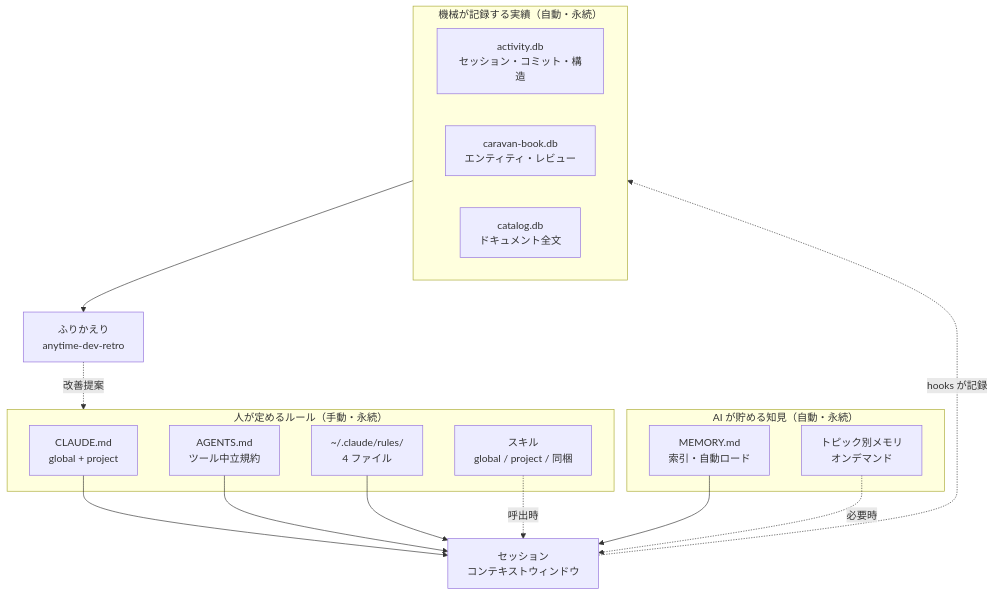
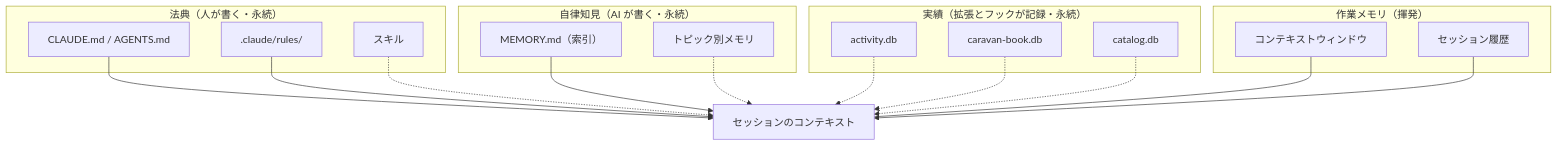
The diagram in docs/manual/memory-operations/memory-operations.ja.md (anytime-trial/anytime-markdown), drawn with Mermaid before and after one commit. The commit also changed other lines of this file and 1 other file, not shown here.

````diff
--- a/docs/manual/memory-operations/memory-operations.ja.md
+++ b/docs/manual/memory-operations/memory-operations.ja.md
@@ -40,30 +46,33 @@
 ```mermaid
 flowchart TD
-    subgraph L1 ["人が定めるルール（手動・永続）"]
-        A1["CLAUDE.md<br/>global + project"]
-        A2["AGENTS.md<br/>ツール中立規約"]
-        A3["~/.claude/rules/<br/>4 ファイル"]
-        A4["スキル<br/>global / project / 同梱"]
+    subgraph L1 ["作業メモリ（揮発）"]
+        A1["コンテキストウィンドウ"]
+        A2["セッション履歴"]
     end
-    subgraph L2 ["AI が貯める知見（自動・永続）"]
-        B1["MEMORY.md<br/>索引・自動ロード"]
-        B2["トピック別メモリ<br/>オンデマンド"]
+    subgraph L2 ["法典（人が書く・永続）"]
+        B1["CLAUDE.md / AGENTS.md"]
+        B2[".claude/rules/"]
+        B3["スキル"]
     end
-    subgraph L3 ["機械が記録する実績（自動・永続）"]
-        C1["activity.db<br/>セッション・コミット・構造"]
-        C2["caravan-book.db<br/>エンティティ・レビュー"]
-        C3["catalog.db<br/>ドキュメント全文"]
+    subgraph L3 ["自律知見（AI が書く・永続）"]
+        C1["MEMORY.md（索引）"]
+        C2["トピック別メモリ"]
     end
-    SESSION["セッション<br/>コンテキストウィンドウ"]
-    RETRO["ふりかえり<br/>anytime-dev-retro"]
+    subgraph L4 ["実績（拡張とフックが記録・永続）"]
+        D1["activity.db"]
+        D2["caravan-book.db"]
+        D3["catalog.db"]
+    end
+    SESSION["セッションのコンテキスト"]
 
-    A1 --> SESSION
+    B1 --> SESSION
+    B2 --> SESSION
+    B3 -.-> SESSION
+    C1 --> SESSION
+    C2 -.-> SESSION
+    D1 -.-> SESSION
+    D2 -.-> SESSION
+    D3 -.-> SESSION
+    A1 --- SESSION
     A2 --> SESSION
-    A3 --> SESSION
-    A4 -.呼出時.-> SESSION
-    B1 --> SESSION
-    B2 -.必要時.-> SESSION
-    SESSION -.hooks が記録.-> L3
-    L3 --> RETRO
-    RETRO -.改善提案.-> L1
 ```
````
